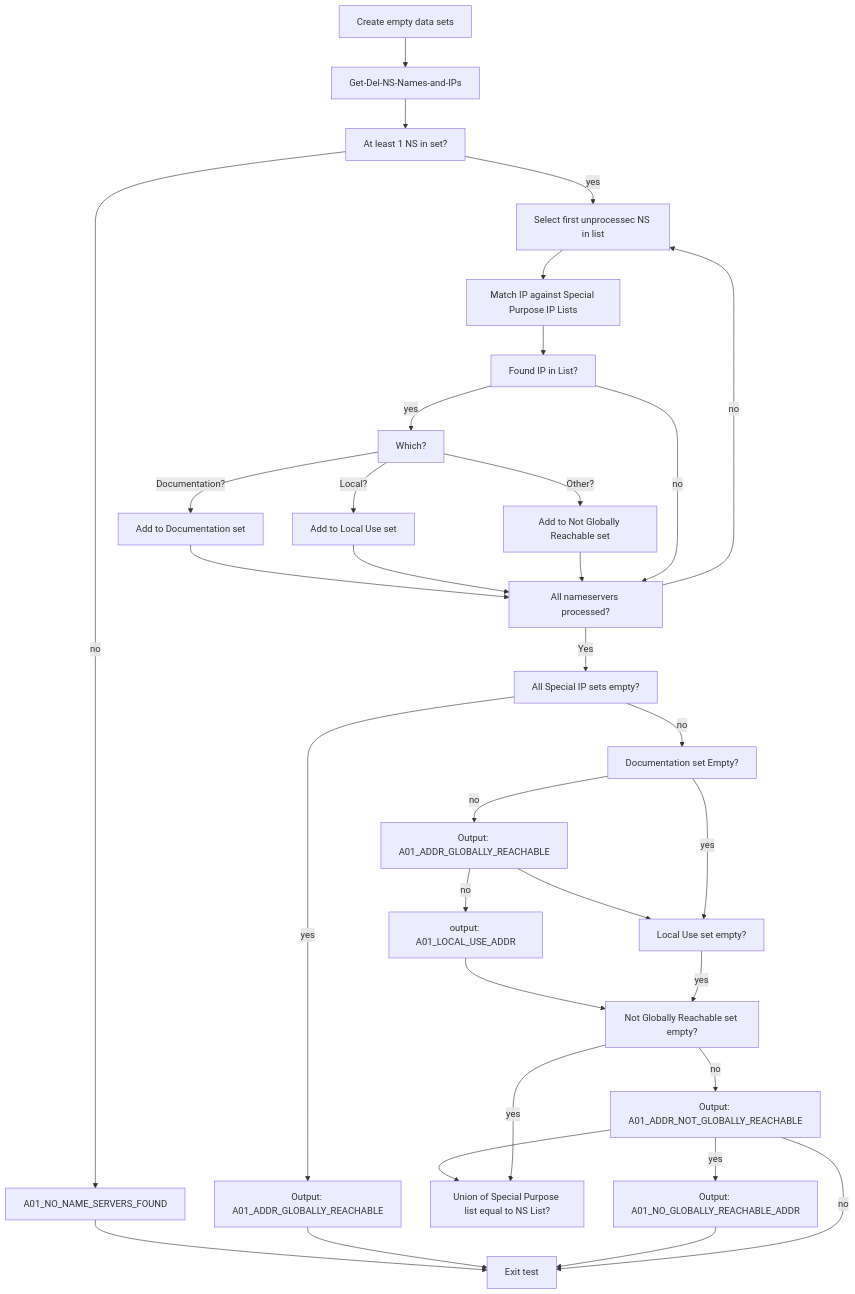
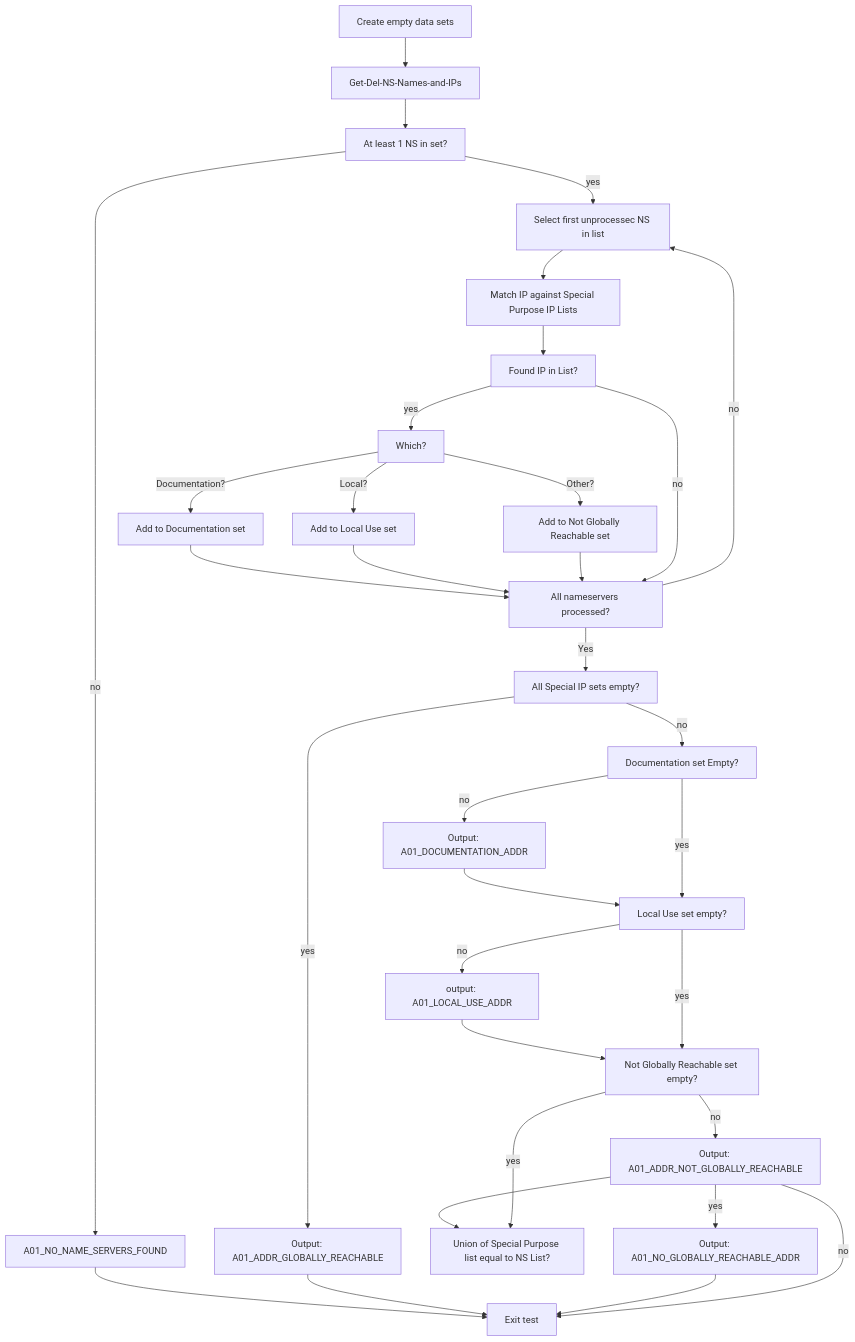
Before and after one commit to tolvmannen/zonemaster: the diagram in docs/public/specifications/tests/Address-TP/address01.md, drawn with Mermaid.

Commit message:
Fixed Mermaid graph

````diff
--- a/docs/public/specifications/tests/Address-TP/address01.md
+++ b/docs/public/specifications/tests/Address-TP/address01.md
@@ -114,36 +114,36 @@
 ```mermaid
 graph TD;
     A[Create empty data sets] --> B[Get-Del-NS-Names-and-IPs]
     B --> C[At least 1 NS in set?] 
     C -- no --> R[A01_NO_NAME_SERVERS_FOUND]
     R --> X[Exit test]
     C -- yes --> D[Select first unprocessec NS in list]
     D --> E[Match IP against Special Purpose IP Lists]
     E --> F[Found IP in List?]
     F -- yes --> G[Which?]
     G -- Documentation? --> H[Add to Documentation set]
     G -- Local? --> I[Add to Local Use set]
     G -- Other? --> J[Add to Not Globally Reachable set]
     H --> K
     I --> K
     J --> K
     F -- no --> K[All nameservers processed?]
     K -- no --> D
     K -- Yes --> L[All Special IP sets empty?]
     L -- yes --> M[Output: A01_ADDR_GLOBALLY_REACHABLE]
     M --> X
     L -- no --> N[Documentation set Empty?]
-    N -- no --> O[Output: A01_ADDR_GLOBALLY_REACHABLE]
+    N -- no --> O[Output: A01_DOCUMENTATION_ADDR]
     O --> P[Local Use set empty?]
-    O -- no --> Q[output: A01_LOCAL_USE_ADDR]
+    P -- no --> Q[output: A01_LOCAL_USE_ADDR]
     Q --> S[Not Globally Reachable set empty?]
     S -- no --> T[Output: A01_ADDR_NOT_GLOBALLY_REACHABLE] 
     T --> U[Union of Special Purpose list equal to NS List?]
     T -- yes --> V[Output: A01_NO_GLOBALLY_REACHABLE_ADDR]
     V --> X
     N -- yes --> P
     P -- yes --> S
     S -- yes --> U
     T -- no --> X
     
 ```
````
